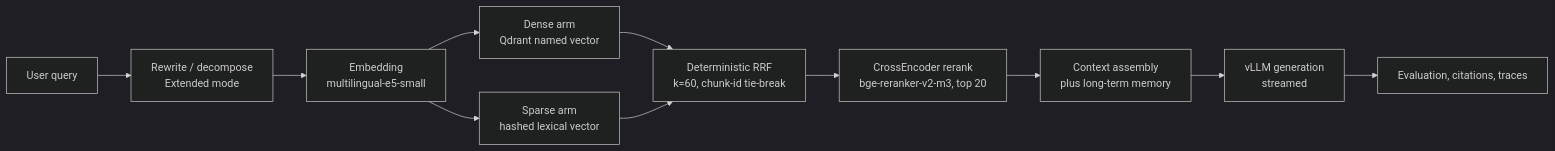
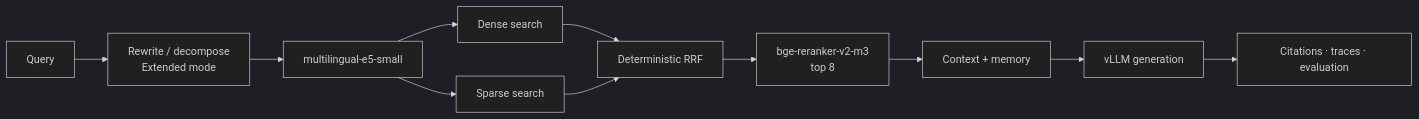
The second of 2 diagrams in README.md (Vitaliyusf/ragforge), drawn with Mermaid (dark theme) before and after one commit. The commit also changed other lines of this file and 1 other file, not shown here.

````diff
--- a/README.md
+++ b/README.md
@@ -123,13 +114,13 @@
 ```mermaid
 flowchart LR
-    Q["User query"] --> RW["Rewrite / decompose<br/>Extended mode"]
-    RW --> E["Embedding<br/>multilingual-e5-small"]
-    E --> D["Dense arm<br/>Qdrant named vector"]
-    E --> S["Sparse arm<br/>hashed lexical vector"]
-    D --> F["Deterministic RRF<br/>k=60, chunk-id tie-break"]
-    S --> F
-    F --> RR["CrossEncoder rerank<br/>bge-reranker-v2-m3, top 20"]
-    RR --> C["Context assembly<br/>plus long-term memory"]
-    C --> G["vLLM generation<br/>streamed"]
-    G --> EV["Evaluation, citations, traces"]
+    Q["Query"] --> RW["Rewrite / decompose<br/>Extended mode"]
+    RW --> E["multilingual-e5-small"]
+    E --> D["Dense search"]
+    E --> S["Sparse search"]
+    D --> RRF["Deterministic RRF"]
+    S --> RRF
+    RRF --> RR["bge-reranker-v2-m3<br/>top 8"]
+    RR --> C["Context + memory"]
+    C --> G["vLLM generation"]
+    G --> EV["Citations · traces · evaluation"]
 ```
````
